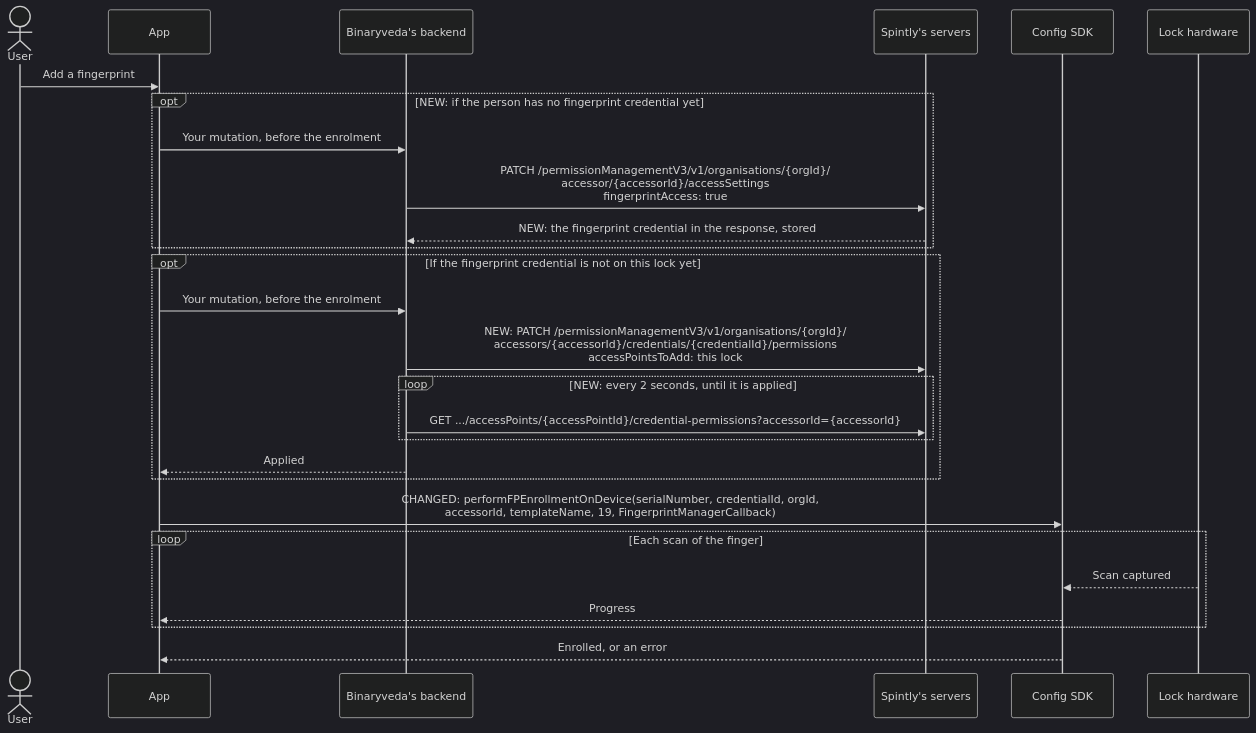
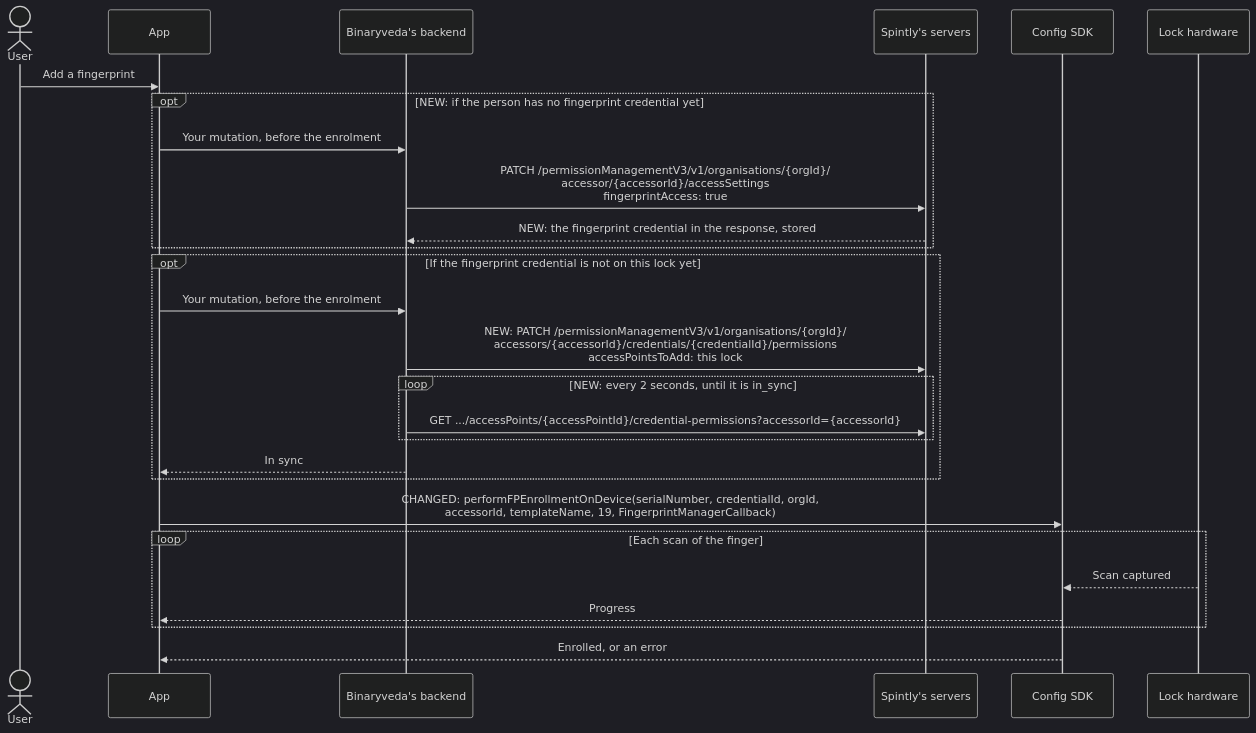
One commit to spintly-integrations-support/godrej-software-guide changed the eighth of 9 diagrams in docs/lock-onboarding.md. Above: the diagram before and after it, drawn with Mermaid (dark theme). The commit also changed other lines of this file and 5 other files, not shown here.

````diff
--- a/docs/lock-onboarding.md
+++ b/docs/lock-onboarding.md
@@ -350,30 +350,30 @@
 ```mermaid
 sequenceDiagram
     actor U as User
     participant A as App
     participant B as Binaryveda's backend
     participant S as Spintly's servers
     participant C as Config SDK
     participant L as Lock hardware
 
     U->>A: Add a fingerprint
     opt NEW: if the person has no fingerprint credential yet
         A->>B: Your mutation, before the enrolment
         B->>S: PATCH /permissionManagementV3/v1/organisations/{orgId}/<br/>accessor/{accessorId}/accessSettings<br/>fingerprintAccess: true
         S-->>B: NEW: the fingerprint credential in the response, stored
     end
     opt If the fingerprint credential is not on this lock yet
         A->>B: Your mutation, before the enrolment
         B->>S: NEW: PATCH /permissionManagementV3/v1/organisations/{orgId}/<br/>accessors/{accessorId}/credentials/{credentialId}/permissions<br/>accessPointsToAdd: this lock
-        loop NEW: every 2 seconds, until it is applied
+        loop NEW: every 2 seconds, until it is in_sync
             B->>S: GET .../accessPoints/{accessPointId}/credential-permissions?accessorId={accessorId}
         end
-        B-->>A: Applied
+        B-->>A: In sync
     end
     A->>C: CHANGED: performFPEnrollmentOnDevice(serialNumber, credentialId, orgId,<br/>accessorId, templateName, 19, FingerprintManagerCallback)
     loop Each scan of the finger
         L-->>C: Scan captured
         C-->>A: Progress
     end
     C-->>A: Enrolled, or an error
 ```
````
